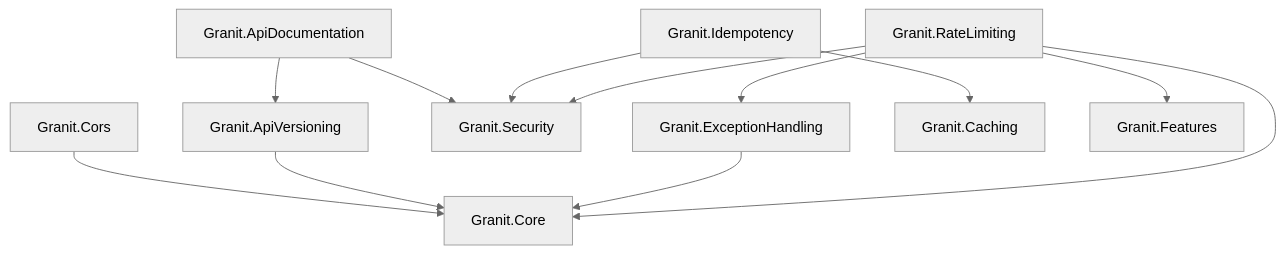
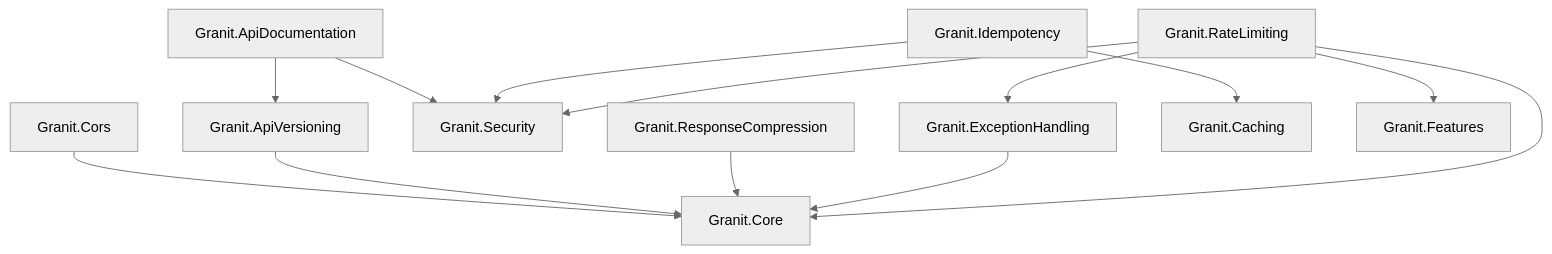
Before and after one commit to granit-fx/granit-dotnet: the diagram in docs-site/src/content/docs/dotnet/api/index.mdx, drawn with Mermaid (neutral theme). The commit also changed other lines of this file and 19 other files, not shown here.

First line of the commit message:
feat(response-compression): add Granit.ResponseCompression module (#257)

````diff
--- a/docs-site/src/content/docs/dotnet/api/index.mdx
+++ b/docs-site/src/content/docs/dotnet/api/index.mdx
@@ -24,14 +25,15 @@
 ```mermaid
 graph TD
     CORS[Granit.Cors] --> CO[Granit.Core]
     AV[Granit.ApiVersioning] --> CO
     AD[Granit.ApiDocumentation] --> AV
     AD --> SEC[Granit.Security]
+    RC[Granit.ResponseCompression] --> CO
     EH[Granit.ExceptionHandling] --> CO
     ID[Granit.Idempotency] --> CA[Granit.Caching]
     ID --> SEC
     RL[Granit.RateLimiting] --> CO
     RL --> EH
     RL --> FT[Granit.Features]
     RL --> SEC
 ```
````
